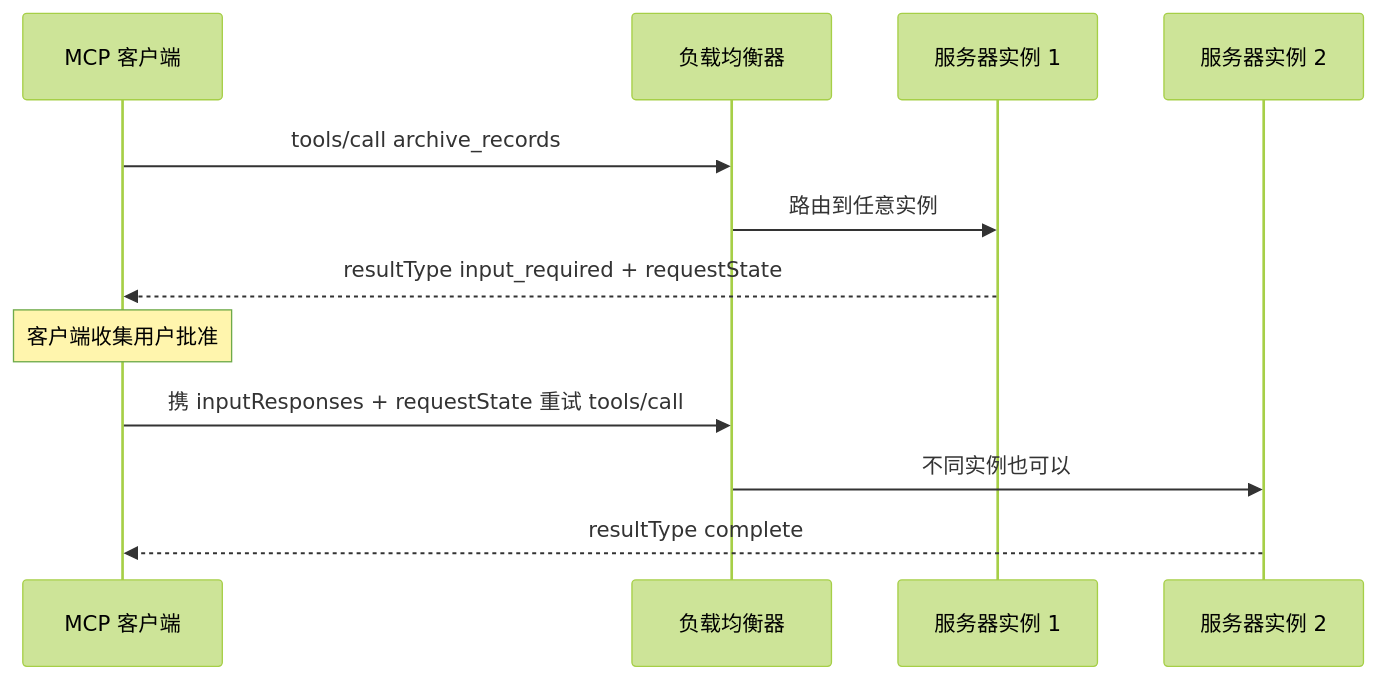
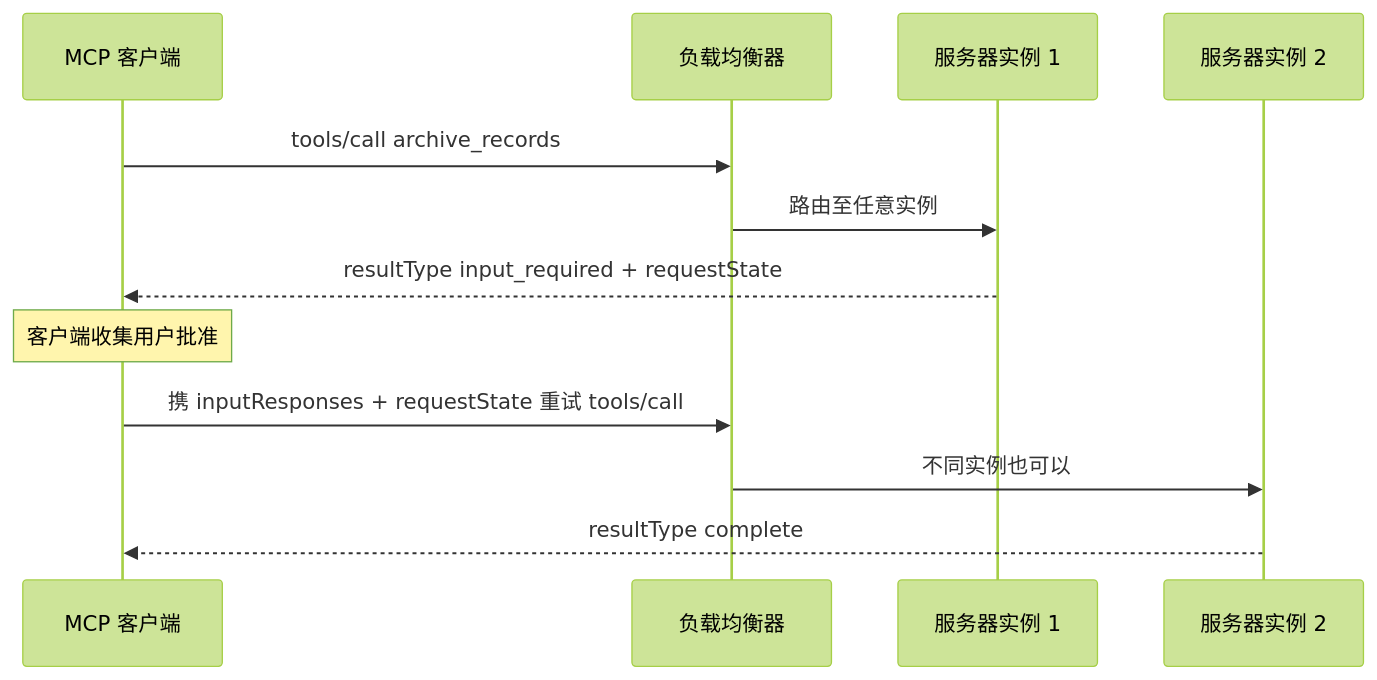
One commit to ChiHoc/ai-system-design-guide-zh changed the second of 5 diagrams in 07-agentic-systems/03-tool-use-and-mcp.md. Above: the diagram before and after it, drawn with Mermaid (forest theme). The commit also changed other lines of this file and 17 other files, not shown here.

````diff
--- a/07-agentic-systems/03-tool-use-and-mcp.md
+++ b/07-agentic-systems/03-tool-use-and-mcp.md
@@ -153,15 +154,15 @@
 ```mermaid
 sequenceDiagram
     participant C as MCP 客户端
     participant LB as 负载均衡器
     participant S1 as 服务器实例 1
     participant S2 as 服务器实例 2
 
     C->>LB: tools/call archive_records
-    LB->>S1: 路由到任意实例
+    LB->>S1: 路由至任意实例
     S1-->>C: resultType input_required + requestState
     Note over C: 客户端收集用户批准
     C->>LB: 携 inputResponses + requestState 重试 tools/call
     LB->>S2: 不同实例也可以
     S2-->>C: resultType complete
 ```
````
